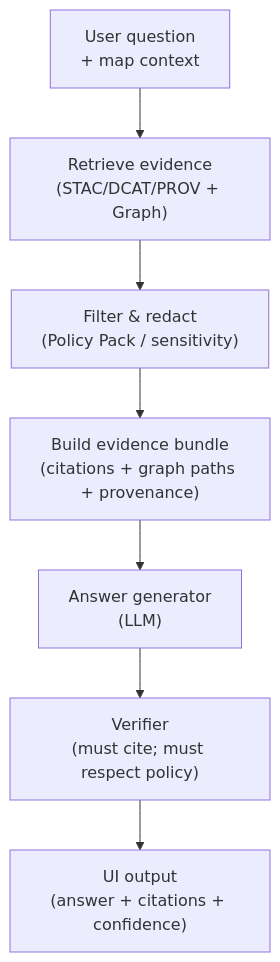
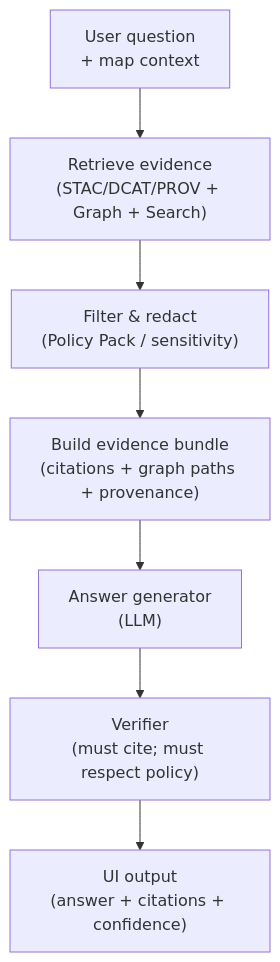
Before and after one commit to bartytime4life/Kansas-Frontier-Matrix: the second of 2 diagrams in README.md, drawn with Mermaid. The commit also changed other lines of this file, not shown here.

````diff
--- a/README.md
+++ b/README.md
@@ -358,9 +450,9 @@
 ```mermaid
 flowchart TD
-  Q["User question<br/>+ map context"] --> R["Retrieve evidence<br/>(STAC/DCAT/PROV + Graph)"]
+  Q["User question<br/>+ map context"] --> R["Retrieve evidence<br/>(STAC/DCAT/PROV + Graph + Search)"]
   R --> F["Filter & redact<br/>(Policy Pack / sensitivity)"]
   F --> B["Build evidence bundle<br/>(citations + graph paths + provenance)"]
   B --> A["Answer generator<br/>(LLM)"]
   A --> V["Verifier<br/>(must cite; must respect policy)"]
   V --> U["UI output<br/>(answer + citations + confidence)"]
 ```
````
